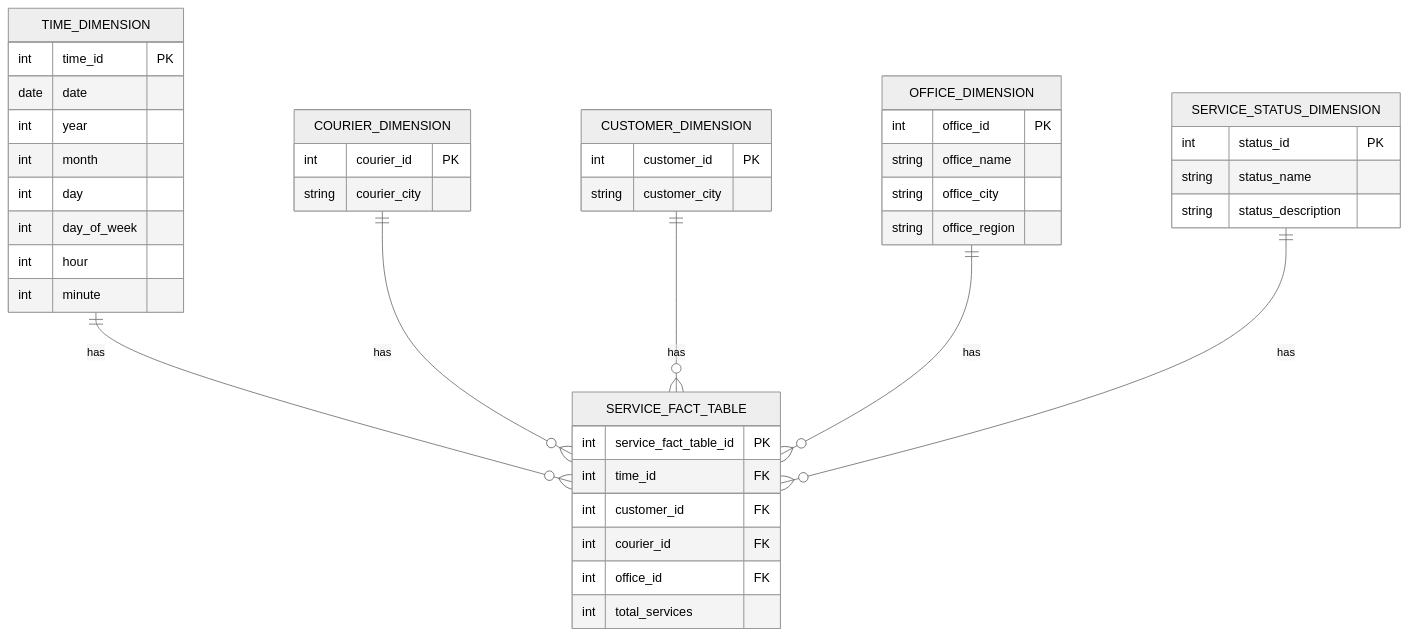
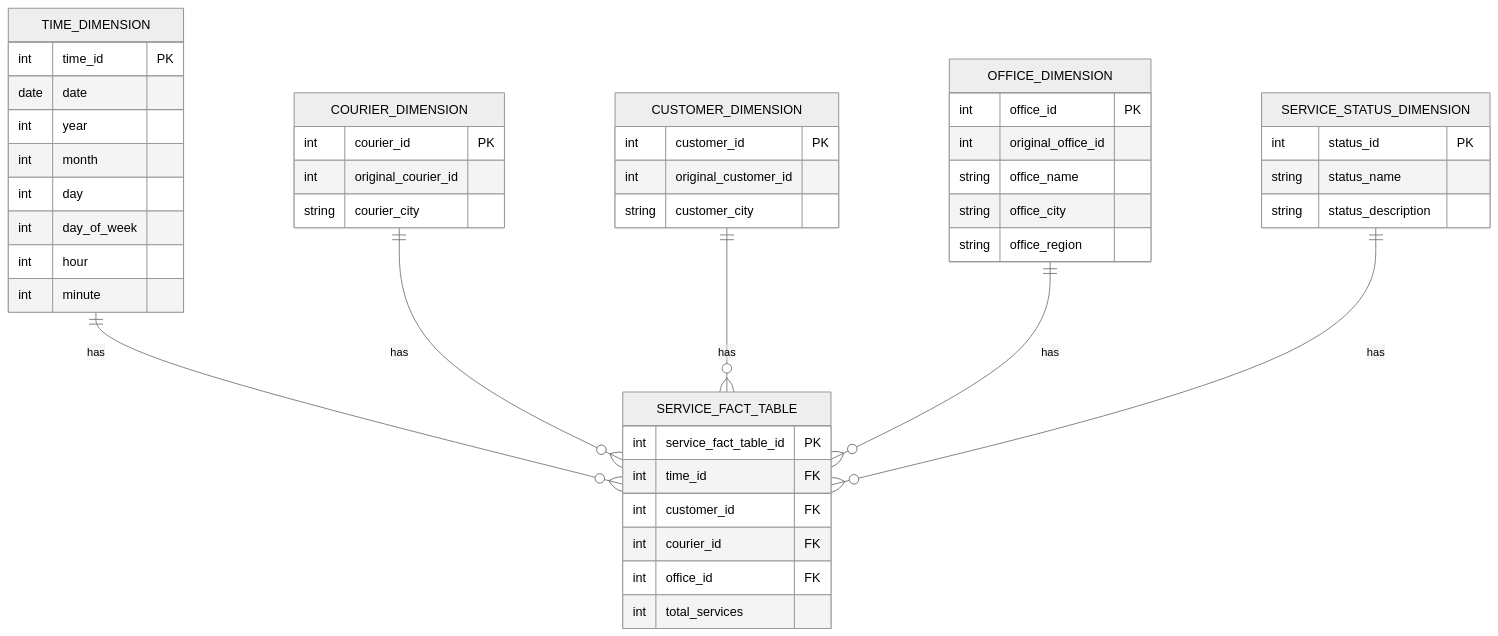
Before and after one commit to LONG-TERM-EFFECTS-OF-SUFFERING/Rapidos_y_Furiosos_data_warehouse: the eighth of 9 diagrams in dimensions_and_data_marts.md, drawn with Mermaid (neutral theme). The commit also changed other lines of this file and 4 other files, not shown here.

````diff
--- a/dimensions_and_data_marts.md
+++ b/dimensions_and_data_marts.md
@@ -122,51 +125,54 @@
 ```MERMAID
 erDiagram
     COURIER_DIMENSION {
         int courier_id PK
+        int original_courier_id
         string courier_city
     }
 
     CUSTOMER_DIMENSION {
         int customer_id PK
+        int original_customer_id
         string customer_city
     }
 
     OFFICE_DIMENSION {
         int office_id PK
+        int original_office_id
         string office_name
         string office_city
         string office_region
     }
 
     SERVICE_STATUS_DIMENSION {
         int status_id PK
         string status_name
         string status_description
     }
 
     TIME_DIMENSION {
         int time_id PK
         date date
         int year
         int month
         int day
         int day_of_week
         int hour
         int minute
     }
 
     SERVICE_FACT_TABLE {
         int service_fact_table_id PK
         int time_id FK
         int customer_id FK
         int courier_id FK
         int office_id FK
         int total_services
     }
 
     TIME_DIMENSION ||--o{ SERVICE_FACT_TABLE : "has"
     COURIER_DIMENSION ||--o{ SERVICE_FACT_TABLE : "has"
     CUSTOMER_DIMENSION ||--o{ SERVICE_FACT_TABLE : "has"
     OFFICE_DIMENSION ||--o{ SERVICE_FACT_TABLE : "has"
     SERVICE_STATUS_DIMENSION ||--o{ SERVICE_FACT_TABLE : "has"
 ```
````
